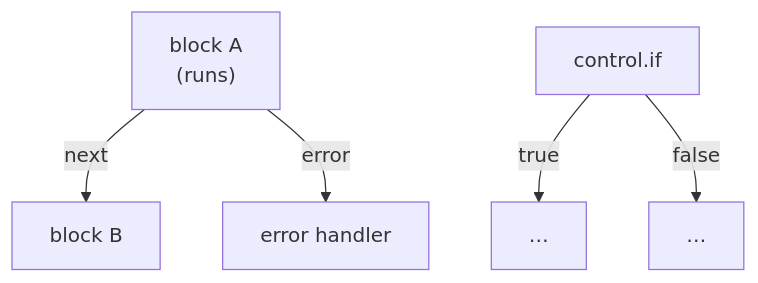
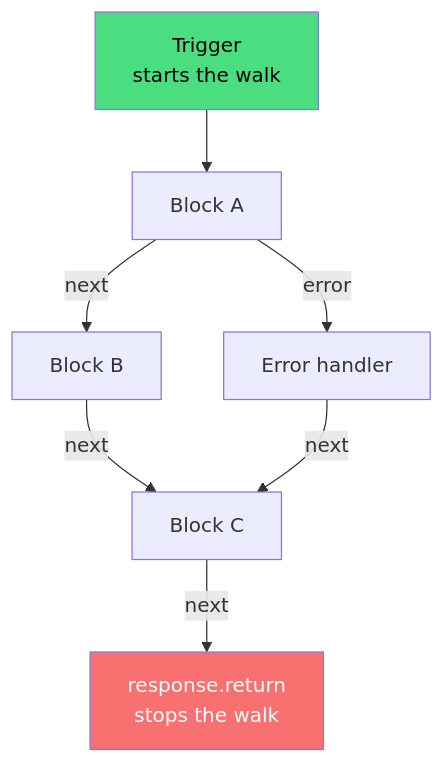
One commit to sillohq/pawabase changed the third of 4 diagrams in apps/docs/flows/overview.mdx. Above: the diagram before and after it, drawn with Mermaid. The commit also changed other lines of this file and 90 other files, not shown here.

````diff
--- a/apps/docs/flows/overview.mdx
+++ b/apps/docs/flows/overview.mdx
@@ -110,7 +205,11 @@
 ```mermaid
 flowchart TB
-  A["block A<br/>(runs)"] -->|"next"| B["block B"]
-  A -->|"error"| E["error handler"]
-  C["control.if"] -->|"true"| T["…"]
-  C -->|"false"| F["…"]
+  A["Trigger<br/>starts the walk"] --> B["Block A"]
+  B -->|next| C["Block B"]
+  B -->|error| D["Error handler"]
+  C -->|next| E["Block C"]
+  D -->|next| E
+  E -->|next| F["response.return<br/>stops the walk"]
+  style A fill:#4ade80,color:#000
+  style F fill:#f87171,color:#fff
 ```
````
